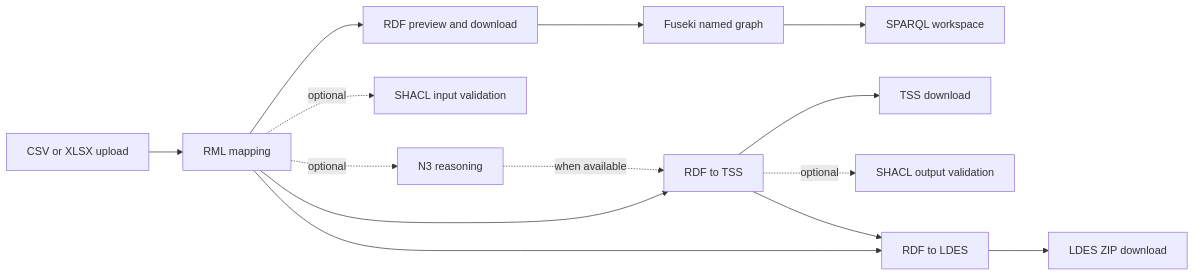
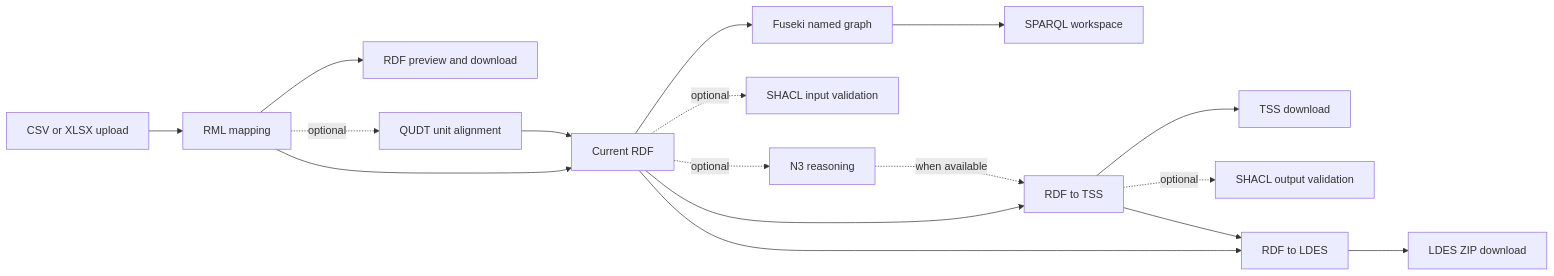
The first of 2 diagrams in README.md (ShehabEldeenAyman/Generic-Dashboard-System), drawn with Mermaid before and after one commit. The commit also changed other lines of this file and 15 other files, not shown here.

````diff
--- a/README.md
+++ b/README.md
@@ -26,16 +26,19 @@
 ```mermaid
 flowchart LR
     A["CSV or XLSX upload"] --> B["RML mapping"]
     B --> C["RDF preview and download"]
-    C --> D["Fuseki named graph"]
+    B -. optional .-> U["QUDT unit alignment"]
+    B --> R["Current RDF"]
+    U --> R
+    R --> D["Fuseki named graph"]
     D --> E["SPARQL workspace"]
-    B -. optional .-> F["SHACL input validation"]
-    B -. optional .-> G["N3 reasoning"]
-    B --> H["RDF to TSS"]
+    R -. optional .-> F["SHACL input validation"]
+    R -. optional .-> G["N3 reasoning"]
+    R --> H["RDF to TSS"]
     G -. when available .-> H
     H --> I["TSS download"]
     H -. optional .-> J["SHACL output validation"]
-    B --> K["RDF to LDES"]
+    R --> K["RDF to LDES"]
     H --> K
     K --> L["LDES ZIP download"]
 ```
````
